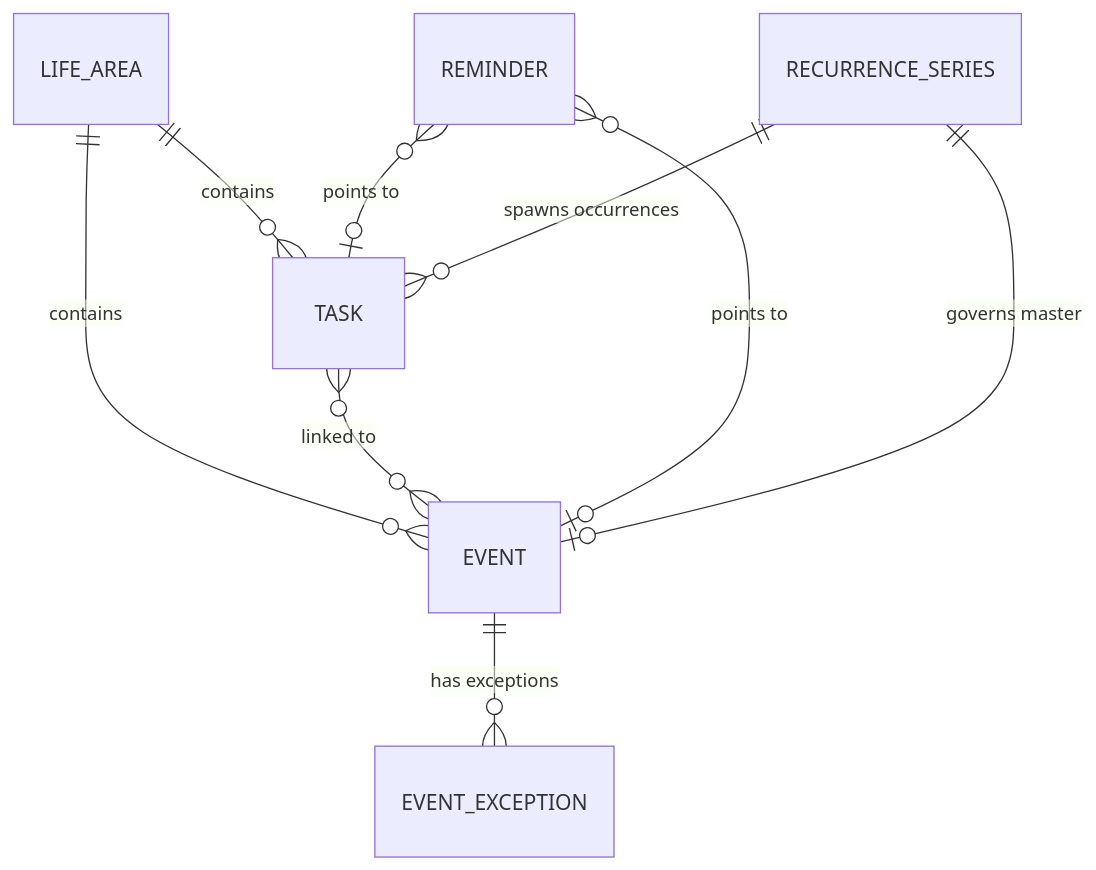
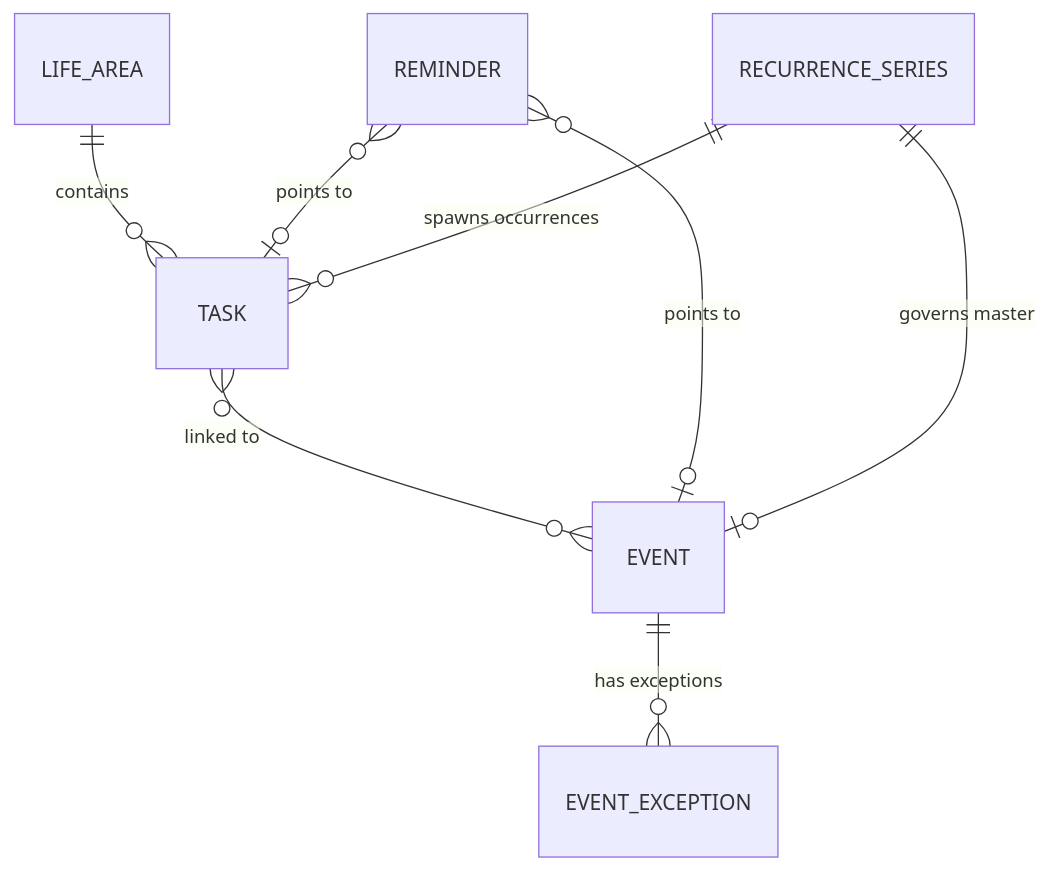
The diagram in documentation/30-architecture/domain-model.md (fabiombarreto/praesto-sum), drawn with Mermaid before and after one commit. The commit also changed other lines of this file and 184 other files, not shown here.

````diff
--- a/documentation/30-architecture/domain-model.md
+++ b/documentation/30-architecture/domain-model.md
@@ -18,11 +18,10 @@
 ```mermaid
 erDiagram
     LIFE_AREA ||--o{ TASK : contains
-    LIFE_AREA ||--o{ EVENT : contains
     TASK }o--o{ EVENT : "linked to"
     REMINDER }o--o| TASK : "points to"
     REMINDER }o--o| EVENT : "points to"
     RECURRENCE_SERIES ||--o{ TASK : "spawns occurrences"
     RECURRENCE_SERIES ||--o| EVENT : "governs master"
     EVENT ||--o{ EVENT_EXCEPTION : "has exceptions"
 ```
````
